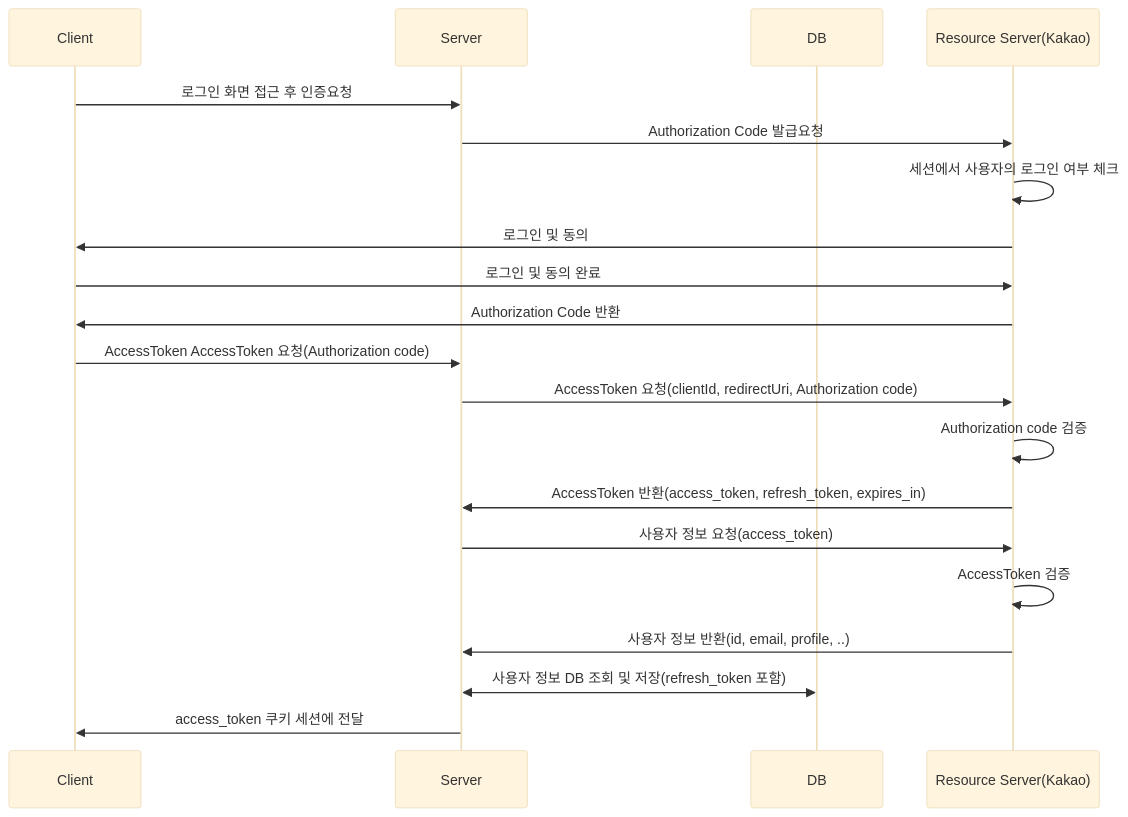
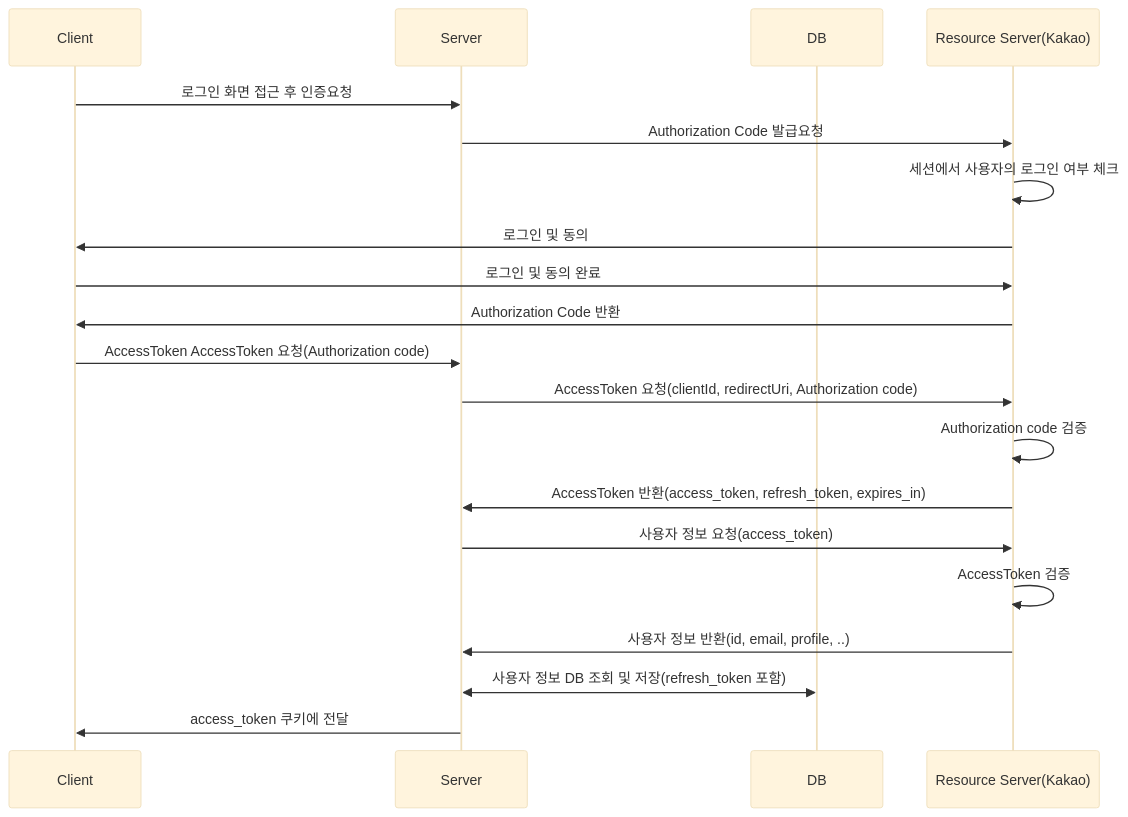
The first of 2 diagrams in README.md (DahyeLee1205/sso), drawn with Mermaid (base theme) before and after one commit. The commit also changed other lines of this file, not shown here.

````diff
--- a/README.md
+++ b/README.md
@@ -13,23 +13,23 @@
 ```mermaid
 
 sequenceDiagram
     participant Client
     participant Server
     participant DB
     participant Resource Server(Kakao)
     Client->>Server: 로그인 화면 접근 후 인증요청 
     Server->>Resource Server(Kakao): Authorization Code 발급요청
     Resource Server(Kakao)->>Resource Server(Kakao): 세션에서 사용자의 로그인 여부 체크
     Resource Server(Kakao)->>Client : 로그인 및 동의
     Client->> Resource Server(Kakao): 로그인 및 동의 완료
     Resource Server(Kakao)->>Client: Authorization Code 반환
     Client->>Server: AccessToken AccessToken 요청(Authorization code)
     Server->>Resource Server(Kakao): AccessToken 요청(clientId, redirectUri, Authorization code)
     Resource Server(Kakao)->>Resource Server(Kakao): Authorization code 검증
     Resource Server(Kakao)->>Server: AccessToken 반환(access_token, refresh_token, expires_in)
     Server->>Resource Server(Kakao) : 사용자 정보 요청(access_token)
     Resource Server(Kakao)->>Resource Server(Kakao): AccessToken 검증
     Resource Server(Kakao)->>Server: 사용자 정보 반환(id, email, profile, ..)
     Server<<->> DB: 사용자 정보 DB 조회 및 저장(refresh_token 포함)
-    Server->>Client : access_token 쿠키 세션에 전달
+    Server->>Client : access_token 쿠키에 전달
 ```
````
